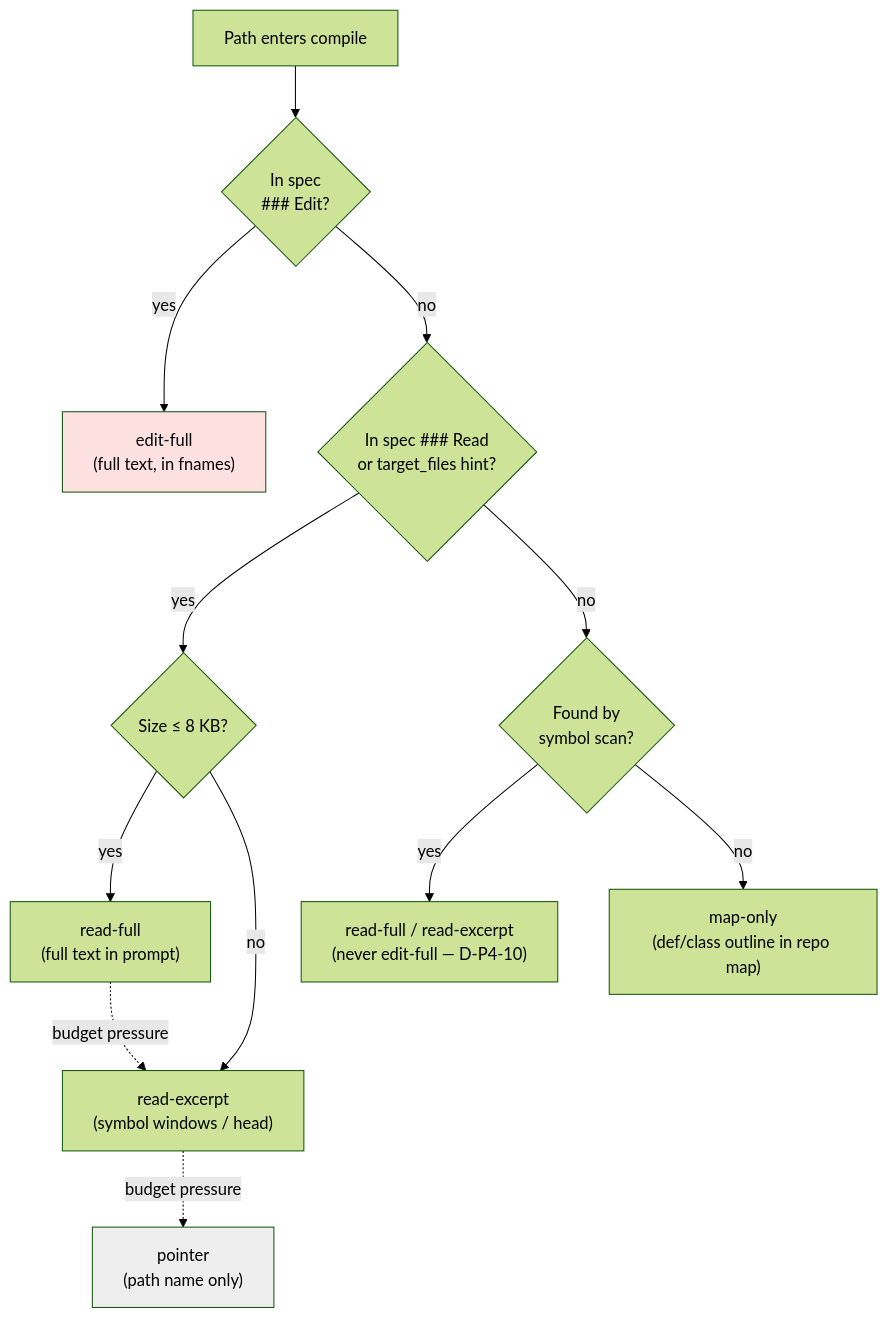
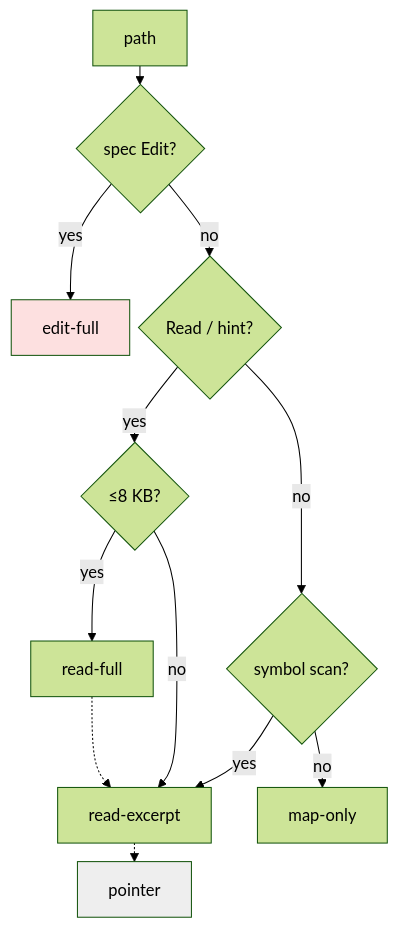
Before and after one commit to amirharati/mcp_coder: the third of 7 diagrams in docs/guide/tutorials/04-context-compiler.md, drawn with Mermaid (forest theme). The commit also changed other lines of this file, not shown here.

First line of the commit message:
docs(guide): compact T-04 mermaid diagrams

````diff
--- a/docs/guide/tutorials/04-context-compiler.md
+++ b/docs/guide/tutorials/04-context-compiler.md
@@ -229,18 +214,17 @@
 ```mermaid
-flowchart TD
-    P[Path enters compile] --> Q1{In spec<br/>### Edit?}
-    Q1 -- yes --> EF["edit-full<br/>(full text, in fnames)"]
-    Q1 -- no --> Q2{"In spec ### Read<br/>or target_files hint?"}
-    Q2 -- yes --> Q3{"Size ≤ 8 KB?"}
-    Q3 -- yes --> RF["read-full<br/>(full text in prompt)"]
-    Q3 -- no --> RE["read-excerpt<br/>(symbol windows / head)"]
-    Q2 -- no --> Q4{Found by<br/>symbol scan?}
-    Q4 -- yes --> RF2["read-full / read-excerpt<br/>(never edit-full — D-P4-10)"]
-    Q4 -- no --> MO["map-only<br/>(def/class outline in repo map)"]
-
-    RF -. "budget pressure" .-> RE
-    RE -. "budget pressure" .-> PT["pointer<br/>(path name only)"]
+%%{init: {'flowchart': {'nodeSpacing': 8, 'rankSpacing': 18}}}%%
+flowchart TB
+    P[path] --> E{spec Edit?}
+    E -->|yes| EF[edit-full]
+    E -->|no| R{Read / hint?}
+    R -->|yes| S{≤8 KB?}
+    S -->|yes| RF[read-full]
+    S -->|no| RE[read-excerpt]
+    R -->|no| D{symbol scan?}
+    D -->|yes| RE
+    D -->|no| MO[map-only]
+    RF -.-> RE -.-> PT[pointer]
 
     style EF fill:#fde0e0
     style PT fill:#eeeeee
 ```
````
